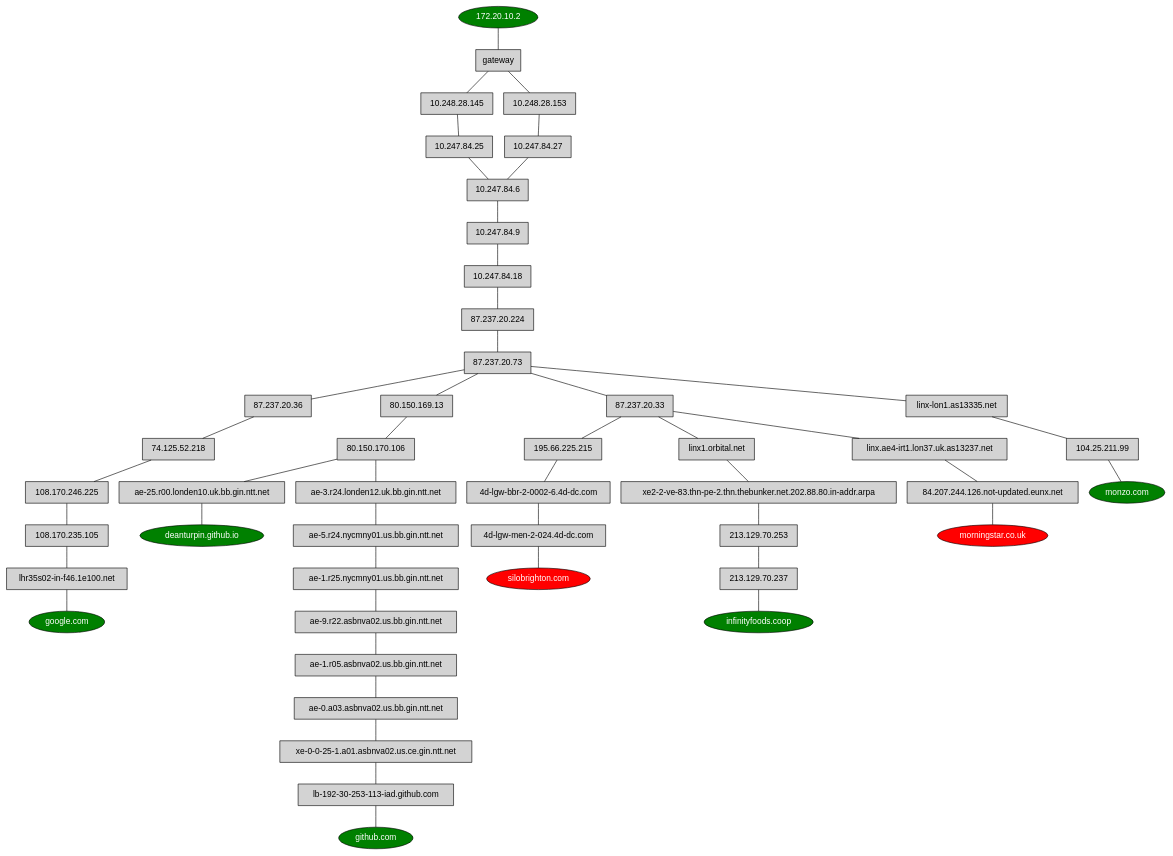
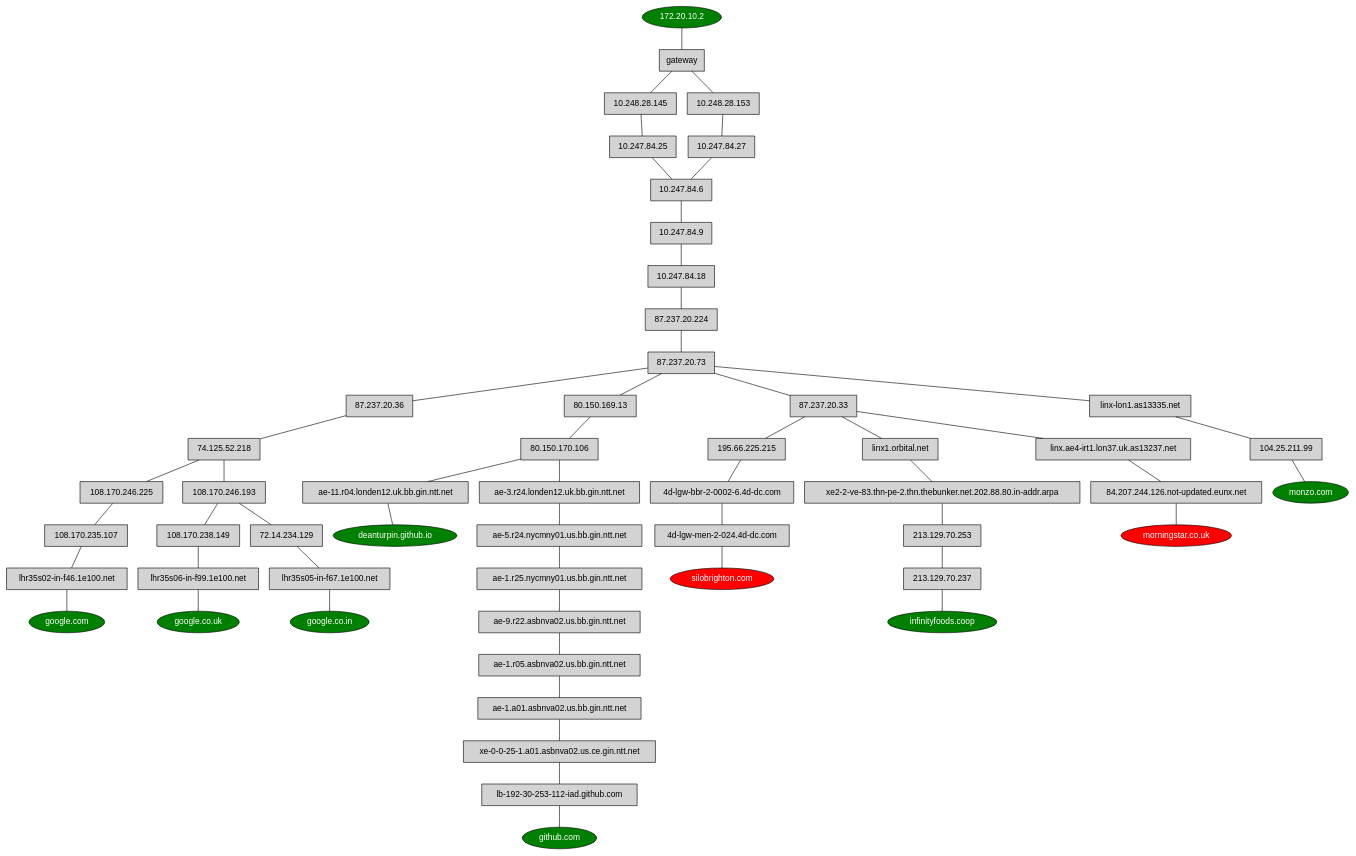
Before and after one commit to deanturpin/hosts2dot: the diagram in example.dot, drawn with Graphviz. The commit also changed 2 other files, not shown here.

Commit message:
Add some similar Google hosts

```diff
--- a/example.dot
+++ b/example.dot
@@ -1,20 +1,24 @@
 strict graph {
 
   node [shape=rectangle style=filled fontname=helvetica]
   "soy yo" [label="172.20.10.2" fillcolor=green shape=oval fontcolor=white]
 
   "google.com" [fillcolor=green shape=oval fontcolor=white]
+  "google.co.uk" [fillcolor=green shape=oval fontcolor=white]
+  "google.co.in" [fillcolor=green shape=oval fontcolor=white]
   "deanturpin.github.io" [fillcolor=green shape=oval fontcolor=white]
   "github.com" [fillcolor=green shape=oval fontcolor=white]
   "silobrighton.com" [fillcolor=red shape=oval fontcolor=white]
   "monzo.com" [fillcolor=green shape=oval fontcolor=white]
   "infinityfoods.coop" [fillcolor=green shape=oval fontcolor=white]
   "morningstar.co.uk" [fillcolor=red shape=oval fontcolor=white]
-  "soy yo"--"gateway"--"10.248.28.145"--"10.247.84.25"--"10.247.84.6"--"10.247.84.9"--"10.247.84.18"--"87.237.20.224"--"87.237.20.73"--"87.237.20.36"--"74.125.52.218"--"108.170.246.225"--"108.170.235.105"--"lhr35s02-in-f46.1e100.net"--"google.com"
-  "soy yo"--"gateway"--"10.248.28.153"--"10.247.84.27"--"10.247.84.6"--"10.247.84.9"--"10.247.84.18"--"87.237.20.224"--"87.237.20.73"--"80.150.169.13"--"80.150.170.106"--"ae-25.r00.londen10.uk.bb.gin.ntt.net"--"deanturpin.github.io"
-  "soy yo"--"gateway"--"10.248.28.153"--"10.247.84.27"--"10.247.84.6"--"10.247.84.9"--"10.247.84.18"--"87.237.20.224"--"87.237.20.73"--"80.150.169.13"--"80.150.170.106"--"ae-3.r24.londen12.uk.bb.gin.ntt.net"--"ae-5.r24.nycmny01.us.bb.gin.ntt.net"--"ae-1.r25.nycmny01.us.bb.gin.ntt.net"--"ae-9.r22.asbnva02.us.bb.gin.ntt.net"--"ae-1.r05.asbnva02.us.bb.gin.ntt.net"--"ae-0.a03.asbnva02.us.bb.gin.ntt.net"--"xe-0-0-25-1.a01.asbnva02.us.ce.gin.ntt.net"--"lb-192-30-253-113-iad.github.com"--"github.com"
+  "soy yo"--"gateway"--"10.248.28.145"--"10.247.84.25"--"10.247.84.6"--"10.247.84.9"--"10.247.84.18"--"87.237.20.224"--"87.237.20.73"--"87.237.20.36"--"74.125.52.218"--"108.170.246.225"--"108.170.235.107"--"lhr35s02-in-f46.1e100.net"--"google.com"
+  "soy yo"--"gateway"--"10.248.28.145"--"10.247.84.25"--"10.247.84.6"--"10.247.84.9"--"10.247.84.18"--"87.237.20.224"--"87.237.20.73"--"87.237.20.36"--"74.125.52.218"--"108.170.246.193"--"108.170.238.149"--"lhr35s06-in-f99.1e100.net"--"google.co.uk"
+  "soy yo"--"gateway"--"10.248.28.145"--"10.247.84.25"--"10.247.84.6"--"10.247.84.9"--"10.247.84.18"--"87.237.20.224"--"87.237.20.73"--"87.237.20.36"--"74.125.52.218"--"108.170.246.193"--"72.14.234.129"--"lhr35s05-in-f67.1e100.net"--"google.co.in"
+  "soy yo"--"gateway"--"10.248.28.153"--"10.247.84.27"--"10.247.84.6"--"10.247.84.9"--"10.247.84.18"--"87.237.20.224"--"87.237.20.73"--"80.150.169.13"--"80.150.170.106"--"ae-11.r04.londen12.uk.bb.gin.ntt.net"--"deanturpin.github.io"
+  "soy yo"--"gateway"--"10.248.28.145"--"10.247.84.25"--"10.247.84.6"--"10.247.84.9"--"10.247.84.18"--"87.237.20.224"--"87.237.20.73"--"80.150.169.13"--"80.150.170.106"--"ae-3.r24.londen12.uk.bb.gin.ntt.net"--"ae-5.r24.nycmny01.us.bb.gin.ntt.net"--"ae-1.r25.nycmny01.us.bb.gin.ntt.net"--"ae-9.r22.asbnva02.us.bb.gin.ntt.net"--"ae-1.r05.asbnva02.us.bb.gin.ntt.net"--"ae-1.a01.asbnva02.us.bb.gin.ntt.net"--"xe-0-0-25-1.a01.asbnva02.us.ce.gin.ntt.net"--"lb-192-30-253-112-iad.github.com"--"github.com"
   "soy yo"--"gateway"--"10.248.28.145"--"10.247.84.25"--"10.247.84.6"--"10.247.84.9"--"10.247.84.18"--"87.237.20.224"--"87.237.20.73"--"87.237.20.33"--"195.66.225.215"--"4d-lgw-bbr-2-0002-6.4d-dc.com"--"4d-lgw-men-2-024.4d-dc.com"--"silobrighton.com"
   "soy yo"--"gateway"--"10.248.28.153"--"10.247.84.27"--"10.247.84.6"--"10.247.84.9"--"10.247.84.18"--"87.237.20.224"--"87.237.20.73"--"linx-lon1.as13335.net"--"104.25.211.99"--"monzo.com"
   "soy yo"--"gateway"--"10.248.28.145"--"10.247.84.25"--"10.247.84.6"--"10.247.84.9"--"10.247.84.18"--"87.237.20.224"--"87.237.20.73"--"87.237.20.33"--"linx1.orbital.net"--"xe2-2-ve-83.thn-pe-2.thn.thebunker.net.202.88.80.in-addr.arpa"--"213.129.70.253"--"213.129.70.237"--"infinityfoods.coop"
   "soy yo"--"gateway"--"10.248.28.153"--"10.247.84.27"--"10.247.84.6"--"10.247.84.9"--"10.247.84.18"--"87.237.20.224"--"87.237.20.73"--"87.237.20.33"--"linx.ae4-irt1.lon37.uk.as13237.net"--"84.207.244.126.not-updated.eunx.net"--"morningstar.co.uk"
 }
```
